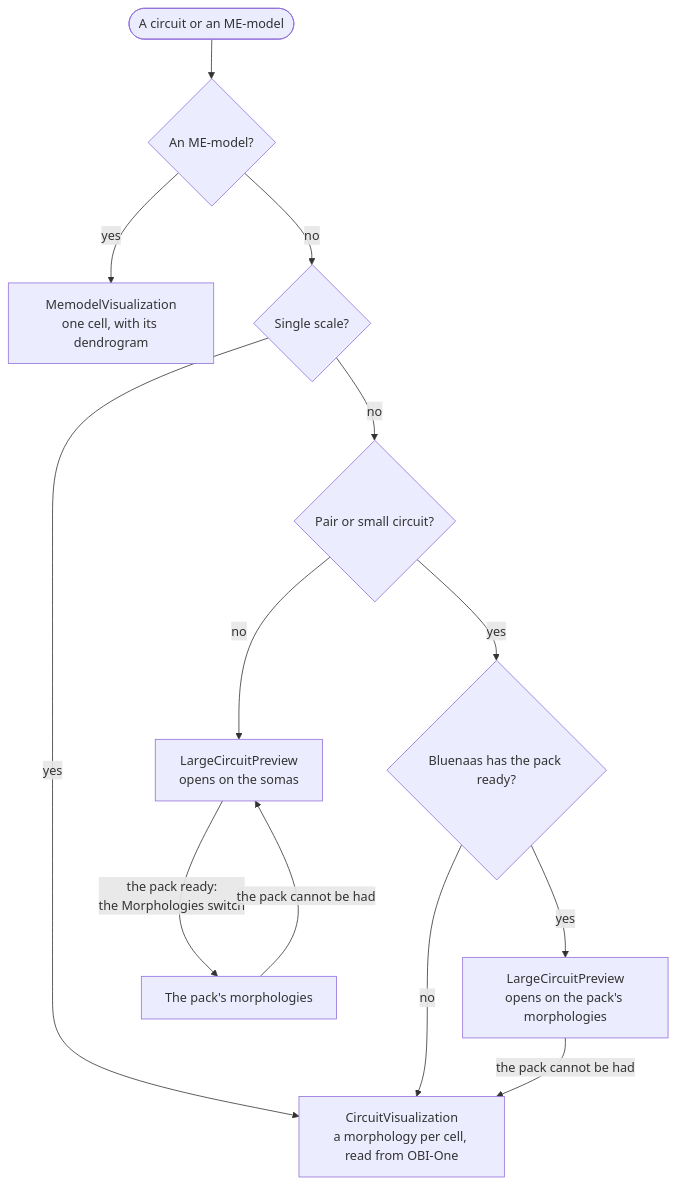
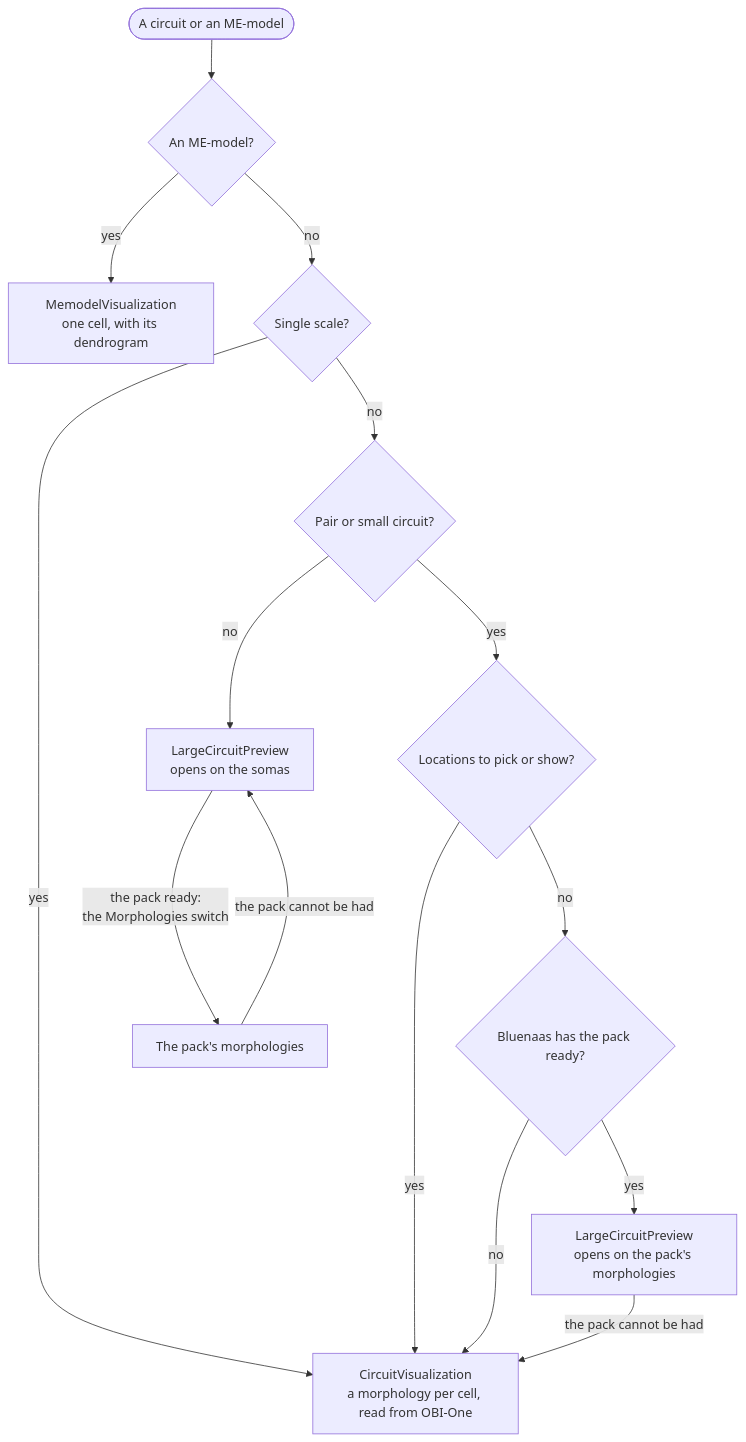
One commit to openbraininstitute/core-web-app changed the first of 3 diagrams in src/features/circuit-viewer/README.md. Above: the diagram before and after it, drawn with Mermaid. The commit also changed other lines of this file and 4 other files, not shown here.

First line of the commit message:
fix(circuit-viewer): keep pair and small circuits per cell where locations need section ids

````diff
--- a/src/features/circuit-viewer/README.md
+++ b/src/features/circuit-viewer/README.md
@@ -24,15 +24,17 @@
 ```mermaid
 flowchart TD
   start(["A circuit or an ME-model"]) --> memodel{"An ME-model?"}
   memodel -- yes --> one["MemodelVisualization<br/>one cell, with its dendrogram"]
   memodel -- no --> single{"Single scale?"}
   single -- yes --> each["CircuitVisualization<br/>a morphology per cell, read from OBI-One"]
   single -- no --> small{"Pair or small circuit?"}
-  small -- yes --> packSmall{"Bluenaas has the pack ready?"}
+  small -- yes --> needsIds{"Locations to pick or show?"}
+  needsIds -- yes --> each
+  needsIds -- no --> packSmall{"Bluenaas has the pack ready?"}
   packSmall -- no --> each
   packSmall -- yes --> openMorph["LargeCircuitPreview<br/>opens on the pack's morphologies"]
   openMorph -- "the pack cannot be had" --> each
   small -- no --> somas["LargeCircuitPreview<br/>opens on the somas"]
   somas -- "the pack ready:<br/>the Morphologies switch" --> morph["The pack's morphologies"]
   morph -- "the pack cannot be had" --> somas
 ```
````
